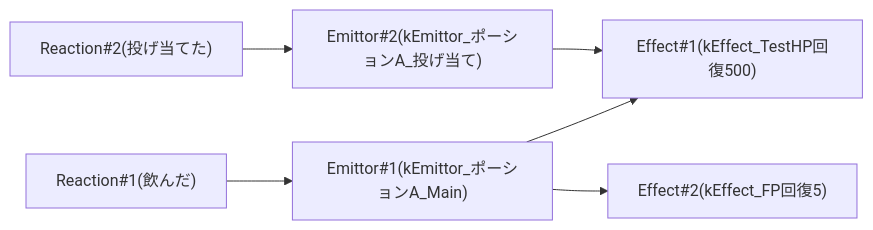
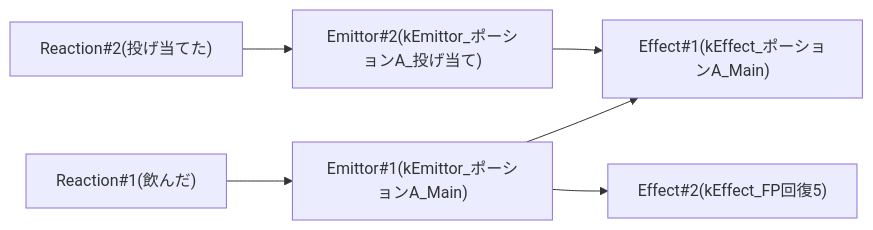
The diagram in mkdocs/1-tutorial/2-create-item/5-sub-effects.md (lriki/LN_MysteryRogueSystem), drawn with Mermaid before and after one commit. The commit also changed other lines of this file and 115 other files, not shown here.

````diff
--- a/mkdocs/1-tutorial/2-create-item/5-sub-effects.md
+++ b/mkdocs/1-tutorial/2-create-item/5-sub-effects.md
@@ -12,15 +12,15 @@
 ```mermaid
 flowchart LR
     Reaction1["Reaction#1(飲んだ)"]
     Reaction2["Reaction#2(投げ当てた)"]
     Emittor1["Emittor#1(kEmittor_ポーションA_Main)"]
     Emittor2["Emittor#2(kEmittor_ポーションA_投げ当て)"]
-    Effect1["Effect#1(kEffect_TestHP回復500)"]
+    Effect1["Effect#1(kEffect_ポーションA_Main)"]
     Effect2["Effect#2(kEffect_FP回復5)"]
 
     Reaction1 --> Emittor1
     Reaction2 --> Emittor2
     Emittor1 --> Effect1
     Emittor1 --> Effect2
     Emittor2 --> Effect1
 ```
````
